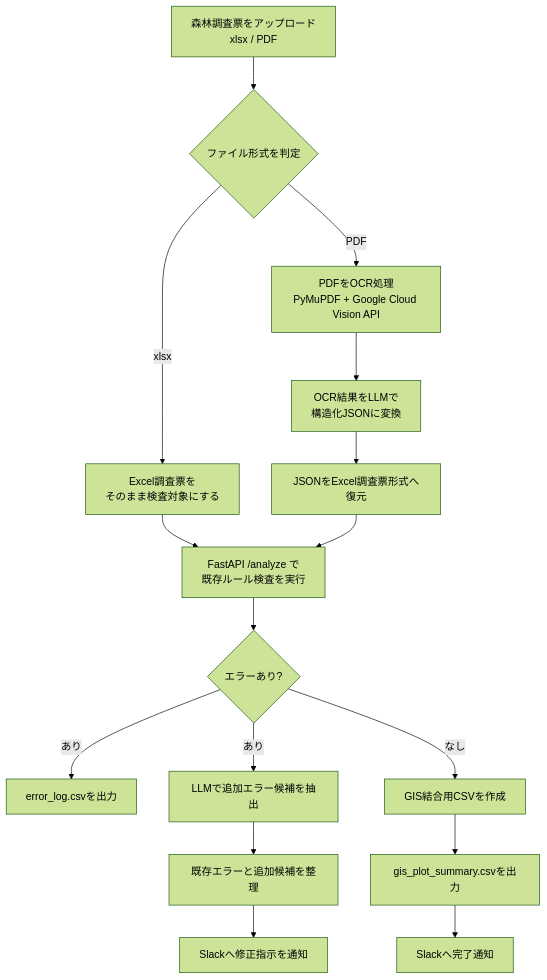
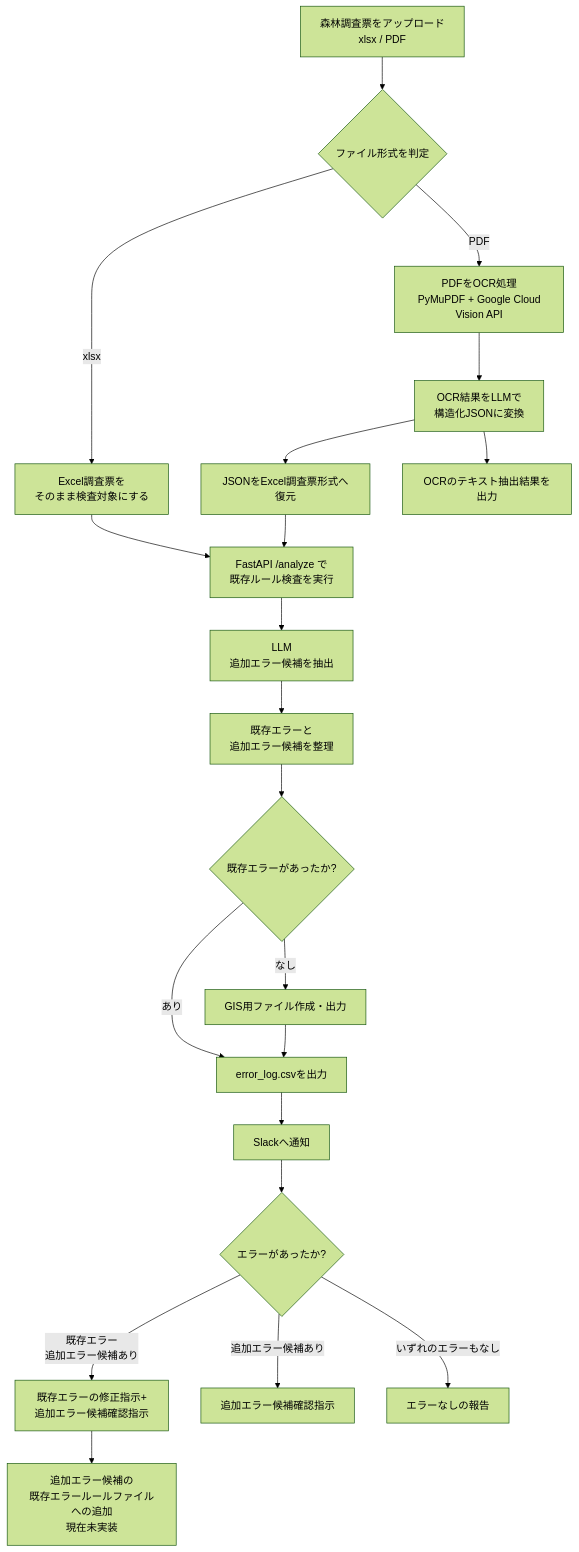
The first of 2 diagrams in README.md (yuu-gis0745/prototype), drawn with Mermaid (forest theme) before and after one commit. The commit also changed other lines of this file and 26 other files, not shown here.

````diff
--- a/README.md
+++ b/README.md
@@ -136,25 +211,34 @@
-```mermaid
+```mermaid  
 flowchart TD; 
    A[森林調査票をアップロード<br/>xlsx / PDF] --> B{ファイル形式を判定} 
 
    B -->|xlsx| C[Excel調査票を<br/>そのまま検査対象にする] 
 
-   B -->|PDF| D[PDFをOCR処理<br/>PyMuPDF + Google Cloud Vision API] 
+   B -->|PDF| D[PDFをOCR処理<br/> PyMuPDF + Google Cloud Vision API] 
    D --> E[OCR結果をLLMで<br/>構造化JSONに変換] 
-   E --> F[JSONをExcel調査票形式へ復元] 
+   E --> F[JSONをExcel調査票形式へ復元]
+   E --> S[OCRのテキスト抽出結果を出力] 
 
    C --> G[FastAPI /analyze で<br/>既存ルール検査を実行] 
-   F --> G 
+   F --> G
 
-   G --> H{エラーあり?} 
+   G --> H[LLM<br/>追加エラー候補を抽出] 
+   H --> I[既存エラーと<br/>追加エラー候補を整理] 
+   I --> J{既存エラーがあったか?} 
 
-   H -->|あり| I[error_log.csvを出力] 
-   H -->|あり| J[LLMで追加エラー候補を抽出] 
-   J --> K[既存エラーと追加候補を整理] 
-   K --> L[Slackへ修正指示を通知] 
+   J -->|あり| K[error_log.csvを出力] 
+   K --> M[Slackへ通知] 
 
-   H -->|なし| M[GIS結合用CSVを作成] 
-   M --> N[gis_plot_summary.csvを出力] 
-   N --> O[Slackへ完了通知]
+   J -->|なし| L[GIS用ファイル作成・出力] 
+   L --> K
+
+   M --> N{エラーがあったか?}
+
+   N -->|既存エラー<br/>追加エラー候補あり| O[既存エラーの修正指示+<br/>追加エラー候補確認指示] 
+   O --> P[追加エラー候補の<br>既存エラールールファイルへの追加<br/>現在未実装]
+
+   N -->|追加エラー候補あり| Q[追加エラー候補確認指示] 
+
+   N -->|いずれのエラーもなし| R[エラーなしの報告] 
 
 ```
````
